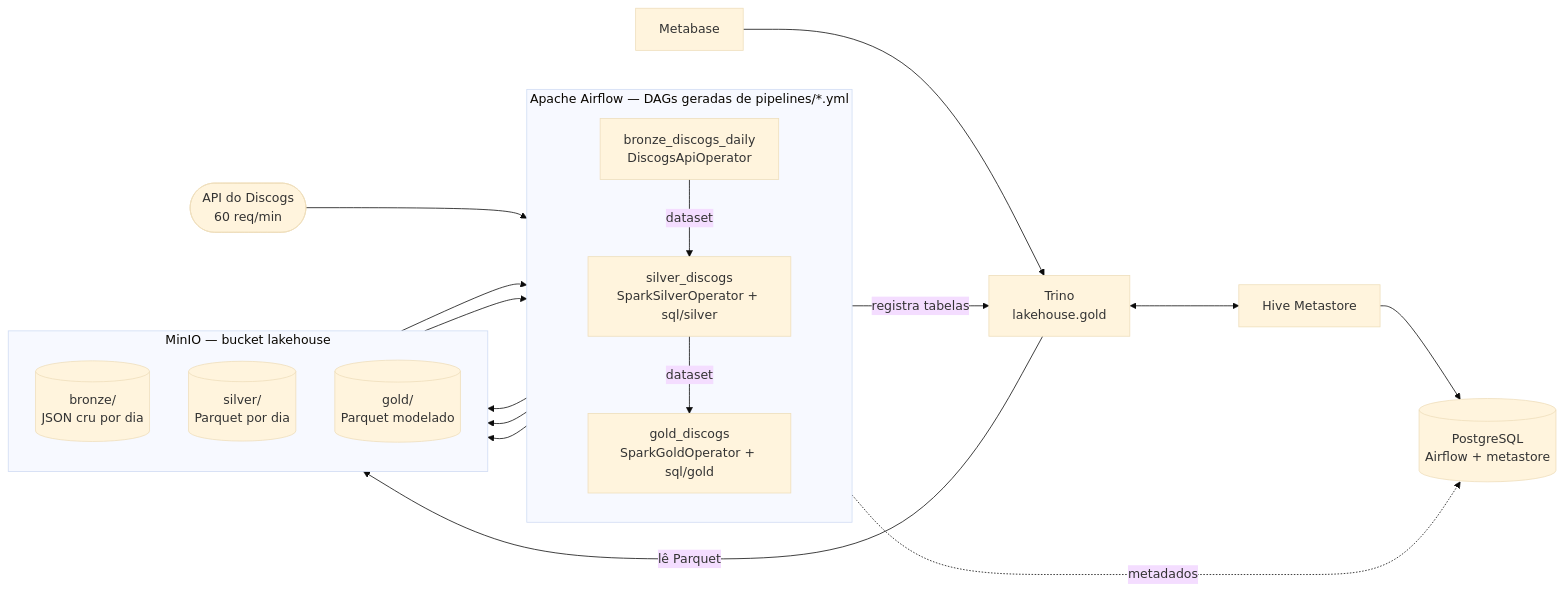
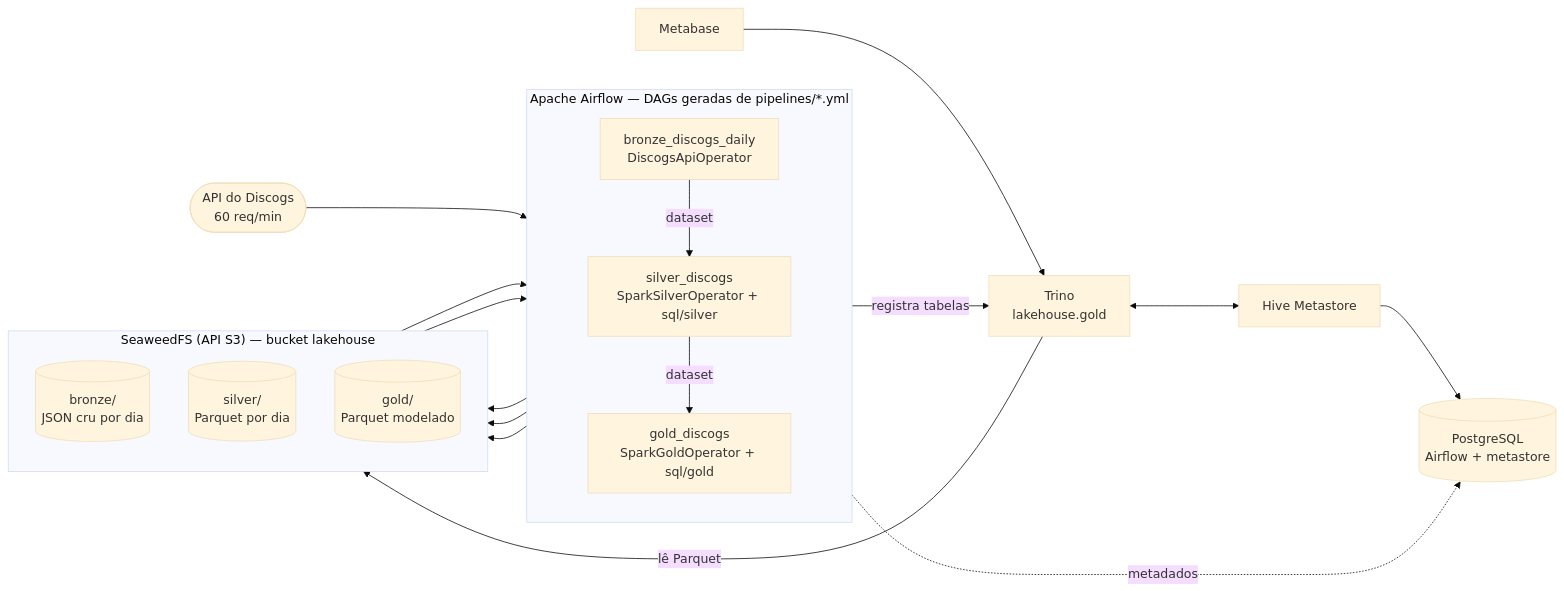
The first of 2 diagrams in README.md (VitorMusachio/discogs-data-lake), drawn with Mermaid (base theme) before and after one commit. The commit also changed other lines of this file and 57 other files, not shown here.

First line of the commit message:
Replace MinIO with SeaweedFS and make the stack pass integration tests

````diff
--- a/README.md
+++ b/README.md
@@ -33,34 +33,34 @@
 ```mermaid
 flowchart LR
     api(["API do Discogs<br/>60 req/min"])
 
     subgraph airflow["Apache Airflow — DAGs geradas de pipelines/*.yml"]
         direction TB
         b["bronze_discogs_daily<br/>DiscogsApiOperator"]
         s["silver_discogs<br/>SparkSilverOperator + sql/silver"]
         g["gold_discogs<br/>SparkGoldOperator + sql/gold"]
         b -- dataset --> s -- dataset --> g
     end
 
-    subgraph minio["MinIO — bucket lakehouse"]
+    subgraph s3["SeaweedFS (API S3) — bucket lakehouse"]
         direction TB
         bz[("bronze/<br/>JSON cru por dia")]
         sv[("silver/<br/>Parquet por dia")]
         gd[("gold/<br/>Parquet modelado")]
     end
 
     pg[("PostgreSQL<br/>Airflow + metastore")]
     hms["Hive Metastore"]
     trino["Trino<br/>lakehouse.gold"]
     mb["Metabase"]
 
     api --> b
     b --> bz
     bz --> s --> sv
     sv --> g --> gd
     g -- registra tabelas --> trino
     trino <--> hms --> pg
     airflow -. metadados .-> pg
     trino -- lê Parquet --> gd
     mb --> trino
 ```
````
